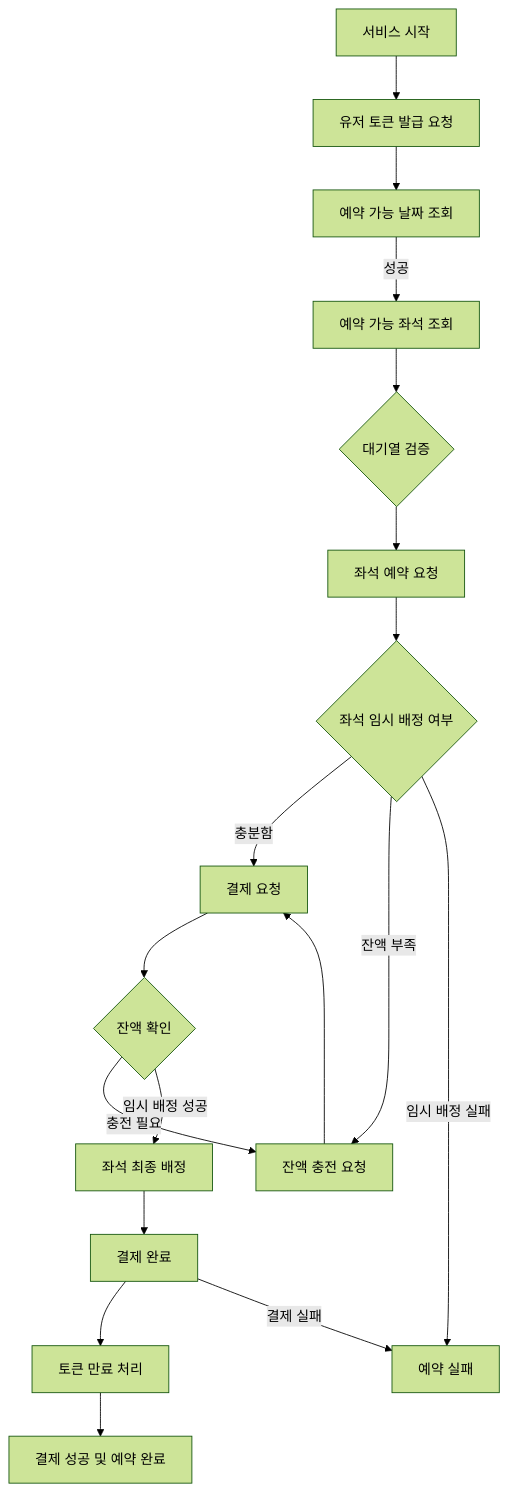
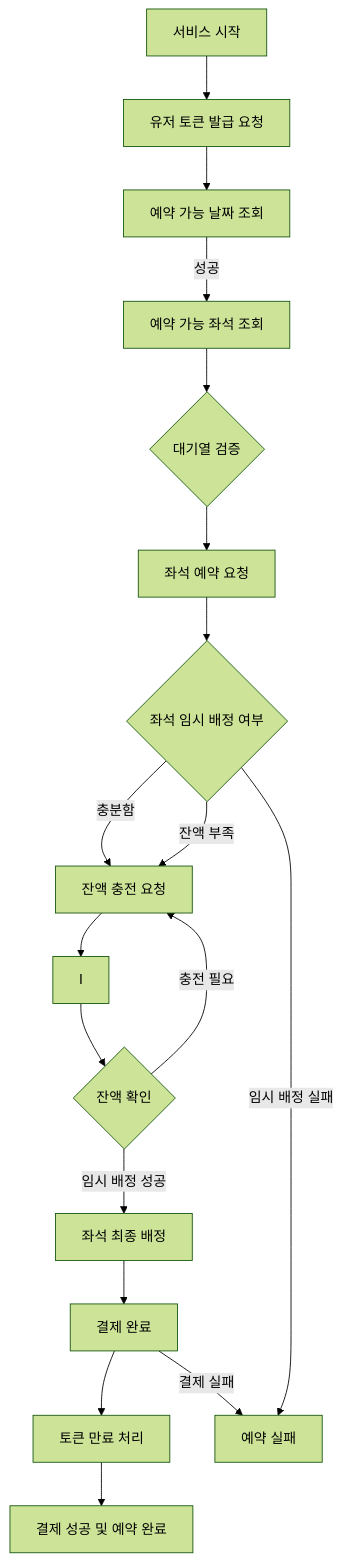
One commit to fatallinverno/hhplus-concert-reservation changed the tenth of 10 diagrams in README.md. Above: the diagram before and after it, drawn with Mermaid (forest theme).

Commit message:
플로우 차트 수정

````diff
--- a/README.md
+++ b/README.md
@@ -210,21 +210,21 @@
 ```mermaid
 flowchart TD
     A[서비스 시작] --> B[유저 토큰 발급 요청]
     B --> C[예약 가능 날짜 조회]
     C -->|성공| D[예약 가능 좌석 조회]
     D --> E{대기열 검증}
     E --> F[좌석 예약 요청]
     F --> G{좌석 임시 배정 여부}
-    G -->|충분함| I[결제 요청]
+    G -->|충분함| H[결제 요청]
     I --> J{잔액 확인}
     J -->|충전 필요| H[잔액 충전 요청]
     J -->|임시 배정 성공| K[좌석 최종 배정]
     K --> L[결제 완료]
     L --> M[토큰 만료 처리]
     M --> N[결제 성공 및 예약 완료]
     
     G -->|잔액 부족| H
     H --> I
     G -->|임시 배정 실패| X[예약 실패]
     L -->|결제 실패| X
 ```
````
